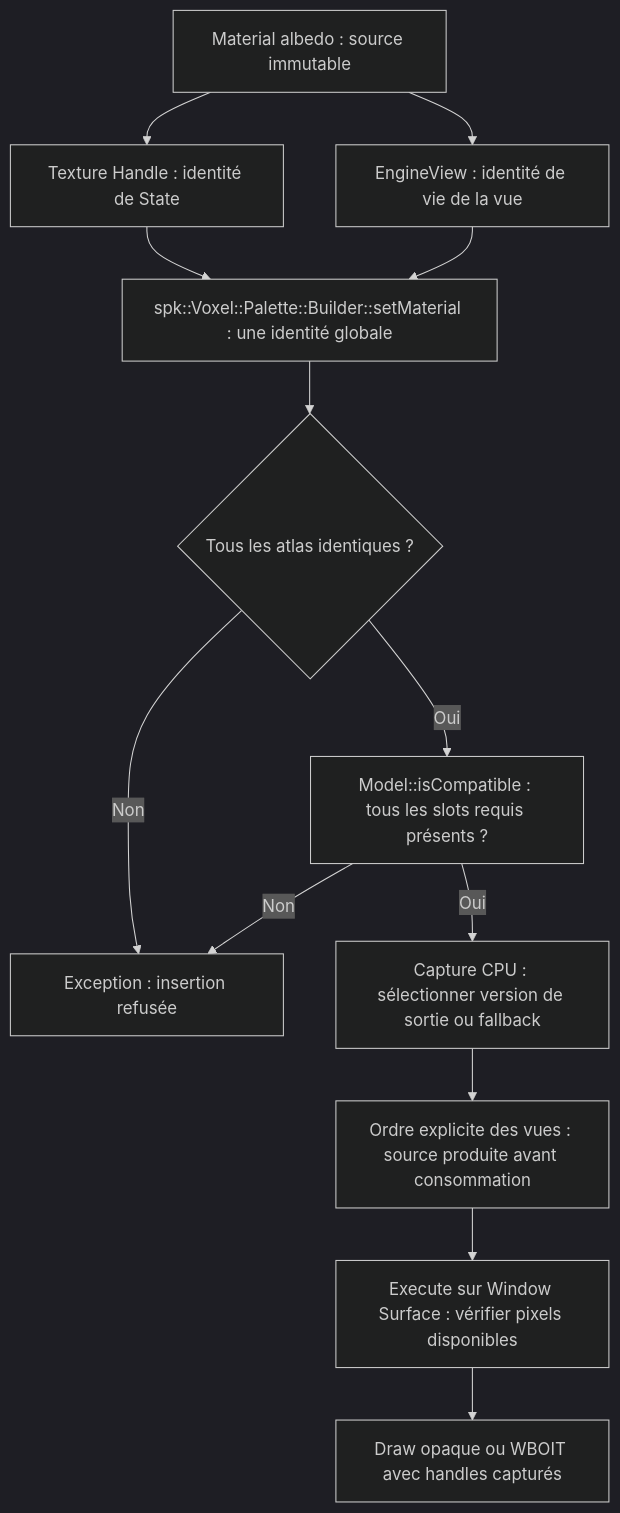
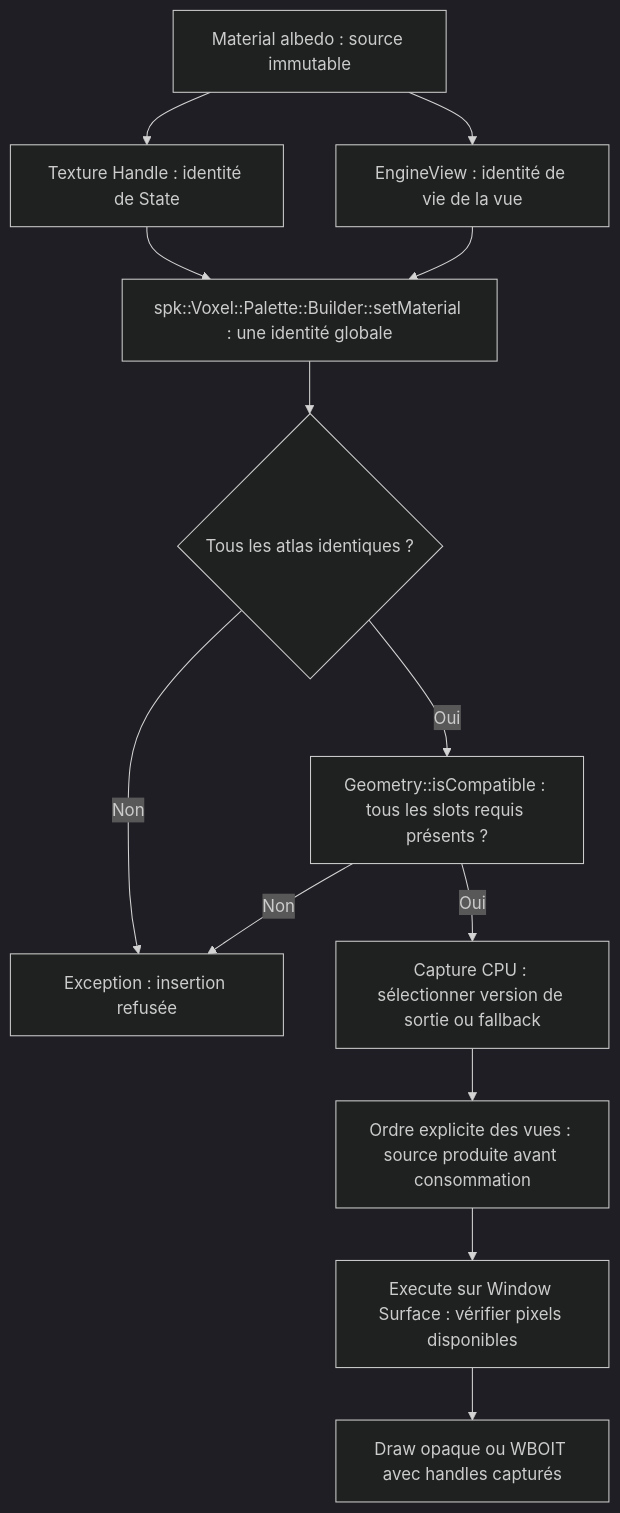
One commit to EreliaStudio/Sparkle changed the third of 3 diagrams in docs/voxel-engine-v0.1.4/04-materiaux-textures-palettes.md. Above: the diagram before and after it, drawn with Mermaid (dark theme). The commit also changed other lines of this file and 6 other files, not shown here.

````diff
--- a/docs/voxel-engine-v0.1.4/04-materiaux-textures-palettes.md
+++ b/docs/voxel-engine-v0.1.4/04-materiaux-textures-palettes.md
@@ -242,15 +242,15 @@
 ```mermaid
 flowchart TD
   Role["Material albedo : source immutable"] --> Static["Texture Handle : identité de State"]
   Role --> View["EngineView : identité de vie de la vue"]
   Static --> Check["spk::Voxel::Palette::Builder::setMaterial : une identité globale"]
   View --> Check
   Check --> Compatible{"Tous les atlas identiques ?"}
   Compatible -->|Non| Error["Exception : insertion refusée"]
-  Compatible -->|Oui| Slots["Model::isCompatible : tous les slots requis présents ?"]
+  Compatible -->|Oui| Slots["Geometry::isCompatible : tous les slots requis présents ?"]
   Slots -->|Non| Error
   Slots -->|Oui| Capture["Capture CPU : sélectionner version de sortie ou fallback"]
   Capture --> Order["Ordre explicite des vues : source produite avant consommation"]
   Order --> Surface["Execute sur Window Surface : vérifier pixels disponibles"]
   Surface --> Draw["Draw opaque ou WBOIT avec handles capturés"]
 ```
````
